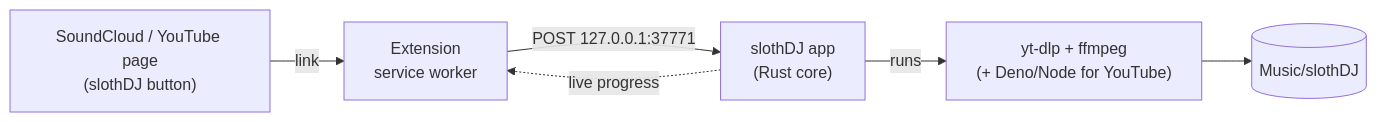
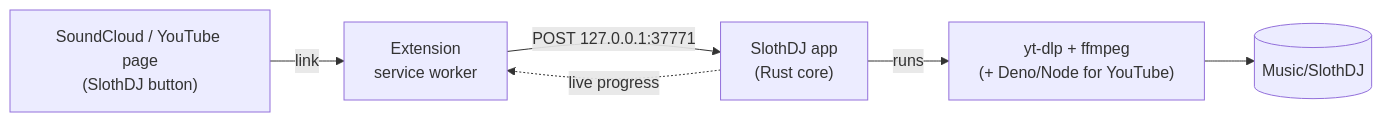
Before and after one commit to BaraaJadaan/slothDJ: the diagram in README.md, drawn with Mermaid. The commit also changed other lines of this file and 37 other files, not shown here.

First line of the commit message:
SlothDJ 1.2: previews, extension setup guide, delete options, RTL fixes

````diff
--- a/README.md
+++ b/README.md
@@ -118,8 +134,8 @@
 ```mermaid
 flowchart LR
-    A["SoundCloud / YouTube page<br/>(slothDJ button)"] -->|link| B["Extension<br/>service worker"]
-    B -->|"POST 127.0.0.1:37771"| C["slothDJ app<br/>(Rust core)"]
+    A["SoundCloud / YouTube page<br/>(SlothDJ button)"] -->|link| B["Extension<br/>service worker"]
+    B -->|"POST 127.0.0.1:37771"| C["SlothDJ app<br/>(Rust core)"]
     C -->|runs| D["yt-dlp + ffmpeg<br/>(+ Deno/Node for YouTube)"]
-    D --> E[("Music/slothDJ")]
+    D --> E[("Music/SlothDJ")]
     C -. live progress .-> B
 ```
````
